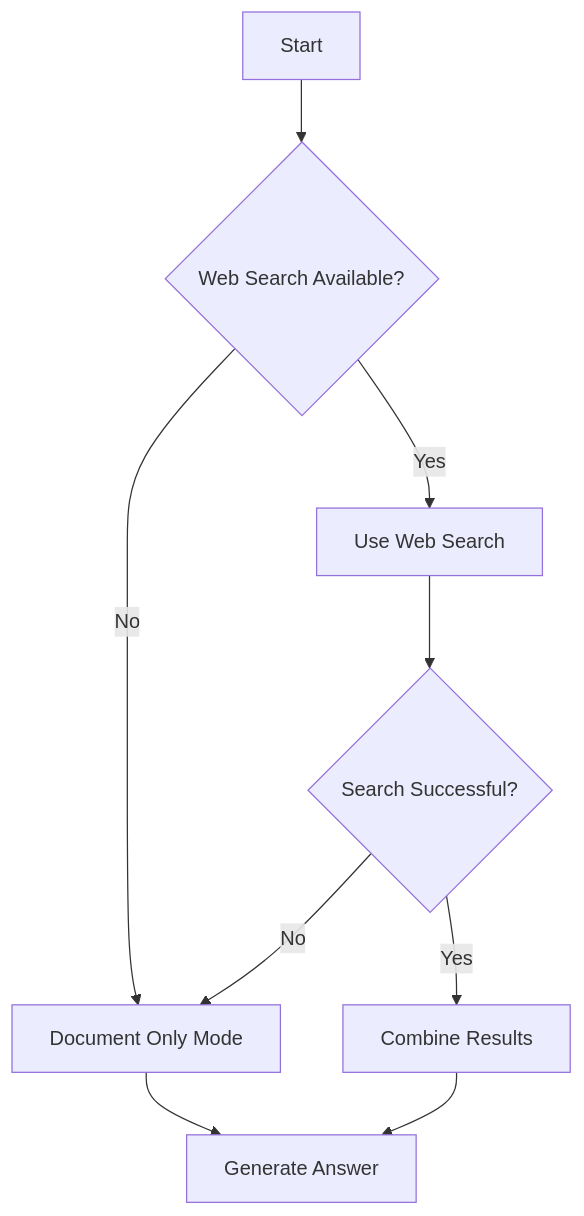
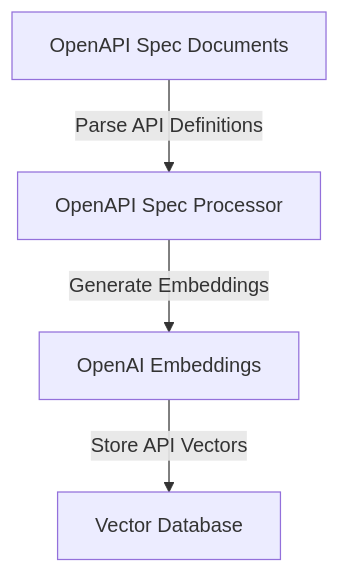
Before and after one commit to chavan-manoj/askverse-mini: the second of 3 diagrams in docs/DESIGN.md, drawn with Mermaid. The commit also changed other lines of this file, not shown here.

````diff
--- a/docs/DESIGN.md
+++ b/docs/DESIGN.md
@@ -163,11 +68,6 @@
 ```mermaid
 graph TD
-    A[Start] --> B{Web Search Available?}
-    B -->|Yes| C[Use Web Search]
-    B -->|No| D[Document Only Mode]
-    C --> E{Search Successful?}
-    E -->|Yes| F[Combine Results]
-    E -->|No| D
-    D --> G[Generate Answer]
-    F --> G
+    OpenAPI_Specs[OpenAPI Spec Documents] -->|Parse API Definitions| SpecProcessor[OpenAPI Spec Processor]
+    SpecProcessor -->|Generate Embeddings| EmbeddingModel[OpenAI Embeddings]
+    EmbeddingModel -->|Store API Vectors| VectorDB[Vector Database]
 ```
````
